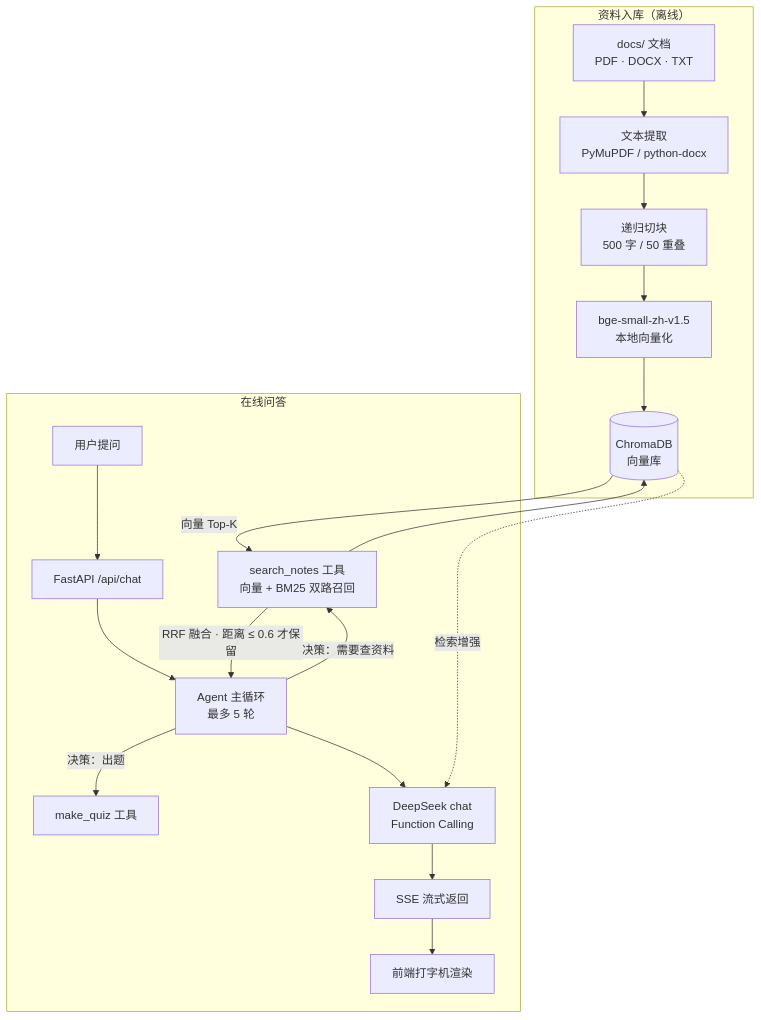
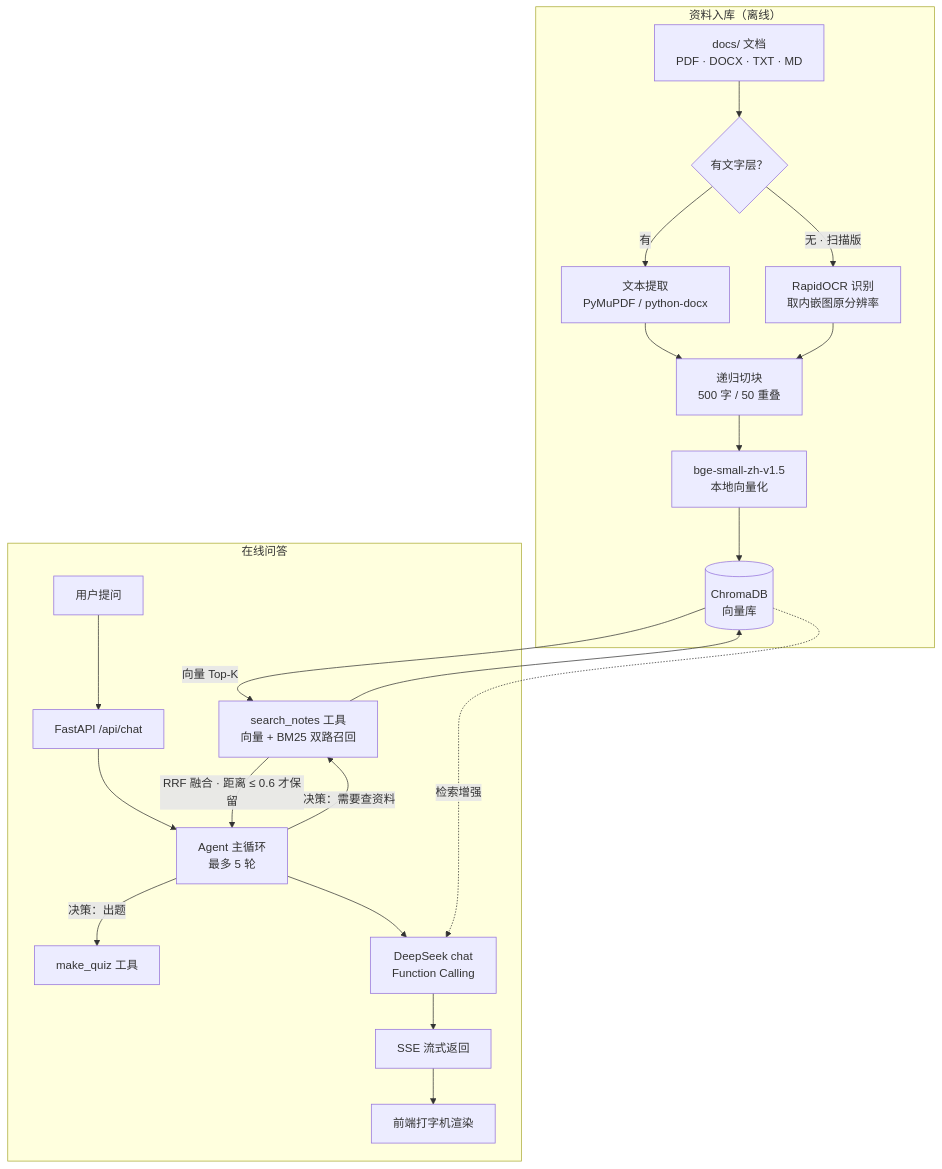
One commit to lujin555/study-agent changed the diagram in README.md. Above: the diagram before and after it, drawn with Mermaid. The commit also changed other lines of this file and 1 other file, not shown here.

First line of the commit message:
docs: README 补扫描版 OCR 章节与端到端问答截图

````diff
--- a/README.md
+++ b/README.md
@@ -26,24 +27,27 @@
 ```mermaid
 flowchart TB
     subgraph ingest["资料入库（离线）"]
-        D1["docs/ 文档<br/>PDF · DOCX · TXT"] --> D2["文本提取<br/>PyMuPDF / python-docx"]
-        D2 --> D3["递归切块<br/>500 字 / 50 重叠"]
-        D3 --> D4["bge-small-zh-v1.5<br/>本地向量化"]
-        D4 --> DB[("ChromaDB<br/>向量库")]
+        D1["docs/ 文档<br/>PDF · DOCX · TXT · MD"] --> D2{"有文字层？"}
+        D2 -->|"有"| D3["文本提取<br/>PyMuPDF / python-docx"]
+        D2 -->|"无 · 扫描版"| OCR["RapidOCR 识别<br/>取内嵌图原分辨率"]
+        D3 --> D4["递归切块<br/>500 字 / 50 重叠"]
+        OCR --> D4
+        D4 --> D5["bge-small-zh-v1.5<br/>本地向量化"]
+        D5 --> DB[("ChromaDB<br/>向量库")]
     end
 
     subgraph online["在线问答"]
         U["用户提问"] --> API["FastAPI /api/chat"]
         API --> AG["Agent 主循环<br/>最多 5 轮"]
         AG -->|"决策：需要查资料"| SR["search_notes 工具<br/>向量 + BM25 双路召回"]
         SR --> DB
         DB -->|"向量 Top-K"| SR
         SR -->|"RRF 融合 · 距离 ≤ 0.6 才保留"| AG
         AG -->|"决策：出题"| MQ["make_quiz 工具"]
         AG --> LLM["DeepSeek chat<br/>Function Calling"]
         LLM --> SSE["SSE 流式返回"]
         SSE --> FE["前端打字机渲染"]
     end
 
     DB -.->|"检索增强"| LLM
 ```
````
